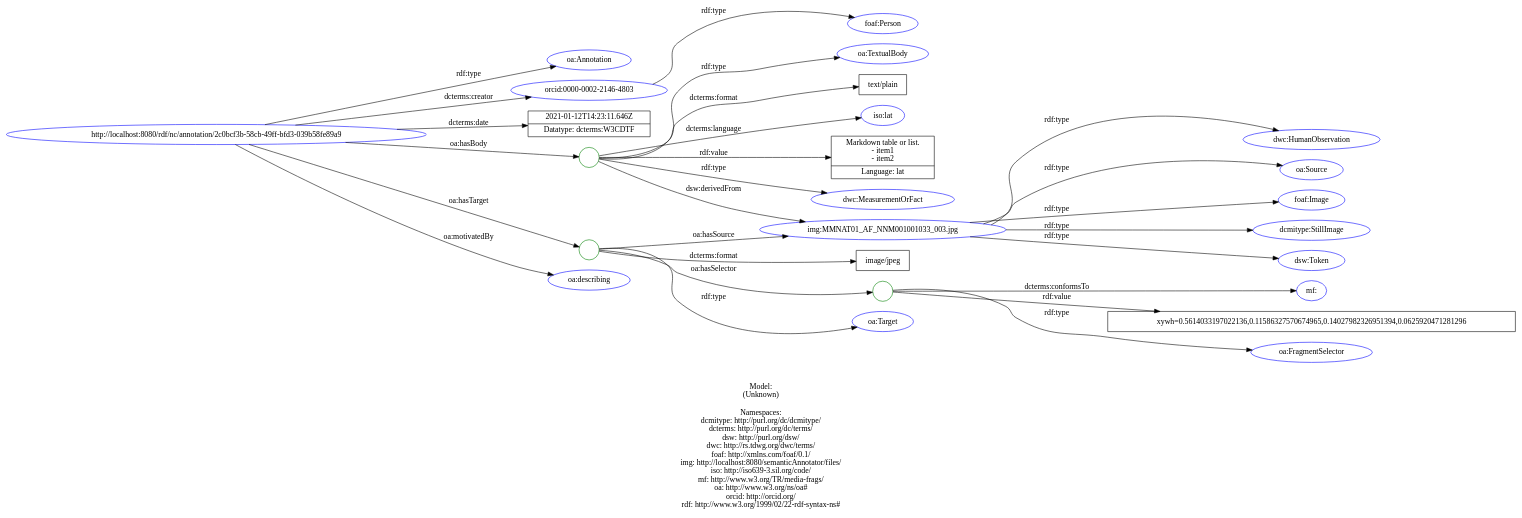
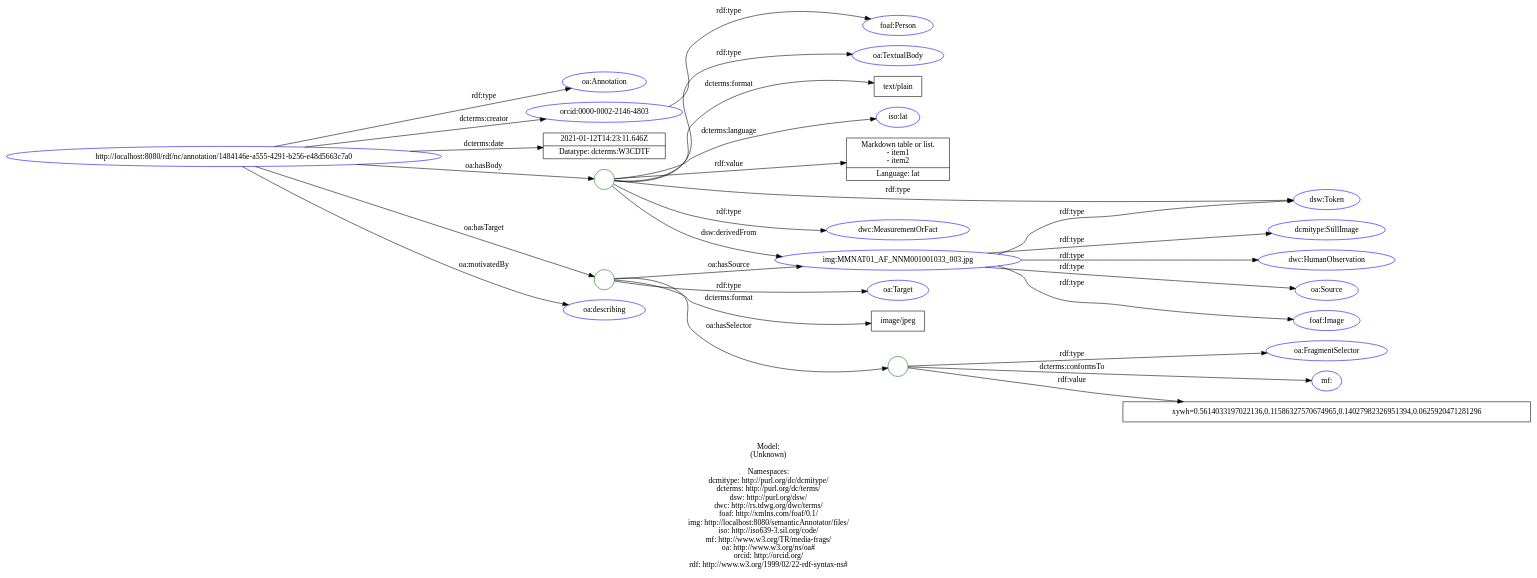
Before and after one commit to lisestork/SFB-Annotator: the diagram in doc/models/example_4_1.dot, drawn with Graphviz. The commit also changed 12 other files, not shown here.

Commit message:
Update data models: example [4-6]_1 #81. - add dsw:Token to Bnode

```diff
--- a/doc/models/example_4_1.dot
+++ b/doc/models/example_4_1.dot
@@ -1,63 +1,64 @@
 digraph {
 	rankdir = LR;
 	charset="utf-8";
 
-	"Rhttp://localhost:8080/rdf/nc/annotation/2c0bcf3b-58cb-49ff-bfd3-039b58fe89a9" -> "Roa:Annotation" [ label="rdf:type" ];
-	"Rhttp://localhost:8080/rdf/nc/annotation/2c0bcf3b-58cb-49ff-bfd3-039b58fe89a9" -> "Rorcid:0000-0002-2146-4803" [ label="dcterms:creator" ];
-	"Rhttp://localhost:8080/rdf/nc/annotation/2c0bcf3b-58cb-49ff-bfd3-039b58fe89a9" -> "L2021-01-12T14:23:11.646Z|Datatype: dcterms:W3CDTF" [ label="dcterms:date" ];
-	"Rhttp://localhost:8080/rdf/nc/annotation/2c0bcf3b-58cb-49ff-bfd3-039b58fe89a9" -> "B_:node1euqlam8lx260" [ label="oa:hasBody" ];
-	"B_:node1euqlam8lx260" -> "Rdwc:MeasurementOrFact" [ label="rdf:type" ];
-	"B_:node1euqlam8lx260" -> "Roa:TextualBody" [ label="rdf:type" ];
-	"B_:node1euqlam8lx260" -> "Ltext/plain" [ label="dcterms:format" ];
-	"B_:node1euqlam8lx260" -> "Riso:lat" [ label="dcterms:language" ];
-	"B_:node1euqlam8lx260" -> "Rimg:MMNAT01_AF_NNM001001033_003.jpg" [ label="dsw:derivedFrom" ];
-	"B_:node1euqlam8lx260" -> "LMarkdown table or list.\n- item1\n- item2|Language: lat" [ label="rdf:value" ];
-	"Rhttp://localhost:8080/rdf/nc/annotation/2c0bcf3b-58cb-49ff-bfd3-039b58fe89a9" -> "B_:node1euqlam8lx259" [ label="oa:hasTarget" ];
-	"B_:node1euqlam8lx259" -> "Roa:Target" [ label="rdf:type" ];
-	"B_:node1euqlam8lx259" -> "Limage/jpeg" [ label="dcterms:format" ];
-	"B_:node1euqlam8lx259" -> "B_:node1euqlam8lx262" [ label="oa:hasSelector" ];
-	"B_:node1euqlam8lx262" -> "Roa:FragmentSelector" [ label="rdf:type" ];
-	"B_:node1euqlam8lx262" -> "Rmf:" [ label="dcterms:conformsTo" ];
-	"B_:node1euqlam8lx262" -> "Lxywh=0.5614033197022136,0.11586327570674965,0.14027982326951394,0.0625920471281296" [ label="rdf:value" ];
-	"B_:node1euqlam8lx259" -> "Rimg:MMNAT01_AF_NNM001001033_003.jpg" [ label="oa:hasSource" ];
-	"Rhttp://localhost:8080/rdf/nc/annotation/2c0bcf3b-58cb-49ff-bfd3-039b58fe89a9" -> "Roa:describing" [ label="oa:motivatedBy" ];
+	"Rhttp://localhost:8080/rdf/nc/annotation/1484146e-a555-4291-b256-e48d5663c7a0" -> "Roa:Annotation" [ label="rdf:type" ];
+	"Rhttp://localhost:8080/rdf/nc/annotation/1484146e-a555-4291-b256-e48d5663c7a0" -> "Rorcid:0000-0002-2146-4803" [ label="dcterms:creator" ];
+	"Rhttp://localhost:8080/rdf/nc/annotation/1484146e-a555-4291-b256-e48d5663c7a0" -> "L2021-01-12T14:23:11.646Z|Datatype: dcterms:W3CDTF" [ label="dcterms:date" ];
+	"Rhttp://localhost:8080/rdf/nc/annotation/1484146e-a555-4291-b256-e48d5663c7a0" -> "B_:node1evfesn2mx2" [ label="oa:hasBody" ];
+	"B_:node1evfesn2mx2" -> "Rdsw:Token" [ label="rdf:type" ];
+	"B_:node1evfesn2mx2" -> "Rdwc:MeasurementOrFact" [ label="rdf:type" ];
+	"B_:node1evfesn2mx2" -> "Roa:TextualBody" [ label="rdf:type" ];
+	"B_:node1evfesn2mx2" -> "Ltext/plain" [ label="dcterms:format" ];
+	"B_:node1evfesn2mx2" -> "Riso:lat" [ label="dcterms:language" ];
+	"B_:node1evfesn2mx2" -> "Rimg:MMNAT01_AF_NNM001001033_003.jpg" [ label="dsw:derivedFrom" ];
+	"B_:node1evfesn2mx2" -> "LMarkdown table or list.\n- item1\n- item2|Language: lat" [ label="rdf:value" ];
+	"Rhttp://localhost:8080/rdf/nc/annotation/1484146e-a555-4291-b256-e48d5663c7a0" -> "B_:node1evfesn2mx1" [ label="oa:hasTarget" ];
+	"B_:node1evfesn2mx1" -> "Roa:Target" [ label="rdf:type" ];
+	"B_:node1evfesn2mx1" -> "Limage/jpeg" [ label="dcterms:format" ];
+	"B_:node1evfesn2mx1" -> "B_:node1evfesn2mx4" [ label="oa:hasSelector" ];
+	"B_:node1evfesn2mx4" -> "Roa:FragmentSelector" [ label="rdf:type" ];
+	"B_:node1evfesn2mx4" -> "Rmf:" [ label="dcterms:conformsTo" ];
+	"B_:node1evfesn2mx4" -> "Lxywh=0.5614033197022136,0.11586327570674965,0.14027982326951394,0.0625920471281296" [ label="rdf:value" ];
+	"B_:node1evfesn2mx1" -> "Rimg:MMNAT01_AF_NNM001001033_003.jpg" [ label="oa:hasSource" ];
+	"Rhttp://localhost:8080/rdf/nc/annotation/1484146e-a555-4291-b256-e48d5663c7a0" -> "Roa:describing" [ label="oa:motivatedBy" ];
 	"Rorcid:0000-0002-2146-4803" -> "Rfoaf:Person" [ label="rdf:type" ];
 	"Rimg:MMNAT01_AF_NNM001001033_003.jpg" -> "Rdcmitype:StillImage" [ label="rdf:type" ];
 	"Rimg:MMNAT01_AF_NNM001001033_003.jpg" -> "Rdsw:Token" [ label="rdf:type" ];
 	"Rimg:MMNAT01_AF_NNM001001033_003.jpg" -> "Rdwc:HumanObservation" [ label="rdf:type" ];
 	"Rimg:MMNAT01_AF_NNM001001033_003.jpg" -> "Roa:Source" [ label="rdf:type" ];
 	"Rimg:MMNAT01_AF_NNM001001033_003.jpg" -> "Rfoaf:Image" [ label="rdf:type" ];
 
 	// Resources
-	"Rhttp://localhost:8080/rdf/nc/annotation/2c0bcf3b-58cb-49ff-bfd3-039b58fe89a9" [ label="http://localhost:8080/rdf/nc/annotation/2c0bcf3b-58cb-49ff-bfd3-039b58fe89a9", shape = ellipse, color = blue ];
+	"Rhttp://localhost:8080/rdf/nc/annotation/1484146e-a555-4291-b256-e48d5663c7a0" [ label="http://localhost:8080/rdf/nc/annotation/1484146e-a555-4291-b256-e48d5663c7a0", shape = ellipse, color = blue ];
 	"Roa:Annotation" [ label="oa:Annotation", shape = ellipse, color = blue ];
 	"Rorcid:0000-0002-2146-4803" [ label="orcid:0000-0002-2146-4803", shape = ellipse, color = blue ];
+	"Rdsw:Token" [ label="dsw:Token", shape = ellipse, color = blue ];
 	"Rdwc:MeasurementOrFact" [ label="dwc:MeasurementOrFact", shape = ellipse, color = blue ];
 	"Roa:TextualBody" [ label="oa:TextualBody", shape = ellipse, color = blue ];
 	"Riso:lat" [ label="iso:lat", shape = ellipse, color = blue ];
 	"Rimg:MMNAT01_AF_NNM001001033_003.jpg" [ label="img:MMNAT01_AF_NNM001001033_003.jpg", shape = ellipse, color = blue ];
 	"Roa:Target" [ label="oa:Target", shape = ellipse, color = blue ];
 	"Roa:FragmentSelector" [ label="oa:FragmentSelector", shape = ellipse, color = blue ];
 	"Rmf:" [ label="mf:", shape = ellipse, color = blue ];
 	"Roa:describing" [ label="oa:describing", shape = ellipse, color = blue ];
 	"Rfoaf:Person" [ label="foaf:Person", shape = ellipse, color = blue ];
 	"Rdcmitype:StillImage" [ label="dcmitype:StillImage", shape = ellipse, color = blue ];
-	"Rdsw:Token" [ label="dsw:Token", shape = ellipse, color = blue ];
 	"Rdwc:HumanObservation" [ label="dwc:HumanObservation", shape = ellipse, color = blue ];
 	"Roa:Source" [ label="oa:Source", shape = ellipse, color = blue ];
 	"Rfoaf:Image" [ label="foaf:Image", shape = ellipse, color = blue ];
 
 	// Anonymous nodes
-	"B_:node1euqlam8lx260" [ label="", shape = circle, color = green ];
-	"B_:node1euqlam8lx259" [ label="", shape = circle, color = green ];
-	"B_:node1euqlam8lx262" [ label="", shape = circle, color = green ];
+	"B_:node1evfesn2mx2" [ label="", shape = circle, color = green ];
+	"B_:node1evfesn2mx1" [ label="", shape = circle, color = green ];
+	"B_:node1evfesn2mx4" [ label="", shape = circle, color = green ];
 
 	// Literals
 	"L2021-01-12T14:23:11.646Z|Datatype: dcterms:W3CDTF" [ label="2021-01-12T14:23:11.646Z|Datatype: dcterms:W3CDTF", shape = record ];
 	"Ltext/plain" [ label="text/plain", shape = record ];
 	"LMarkdown table or list.\n- item1\n- item2|Language: lat" [ label="Markdown table or list.\n- item1\n- item2|Language: lat", shape = record ];
 	"Limage/jpeg" [ label="image/jpeg", shape = record ];
 	"Lxywh=0.5614033197022136,0.11586327570674965,0.14027982326951394,0.0625920471281296" [ label="xywh=0.5614033197022136,0.11586327570674965,0.14027982326951394,0.0625920471281296", shape = record ];
 
 	label="\n\nModel:\n(Unknown)\n\nNamespaces:\ndcmitype: http://purl.org/dc/dcmitype/\ndcterms: http://purl.org/dc/terms/\ndsw: http://purl.org/dsw/\ndwc: http://rs.tdwg.org/dwc/terms/\nfoaf: http://xmlns.com/foaf/0.1/\nimg: http://localhost:8080/semanticAnnotator/files/\niso: http://iso639-3.sil.org/code/\nmf: http://www.w3.org/TR/media-frags/\noa: http://www.w3.org/ns/oa#\norcid: http://orcid.org/\nrdf: http://www.w3.org/1999/02/22-rdf-syntax-ns#\n";
 }
```
